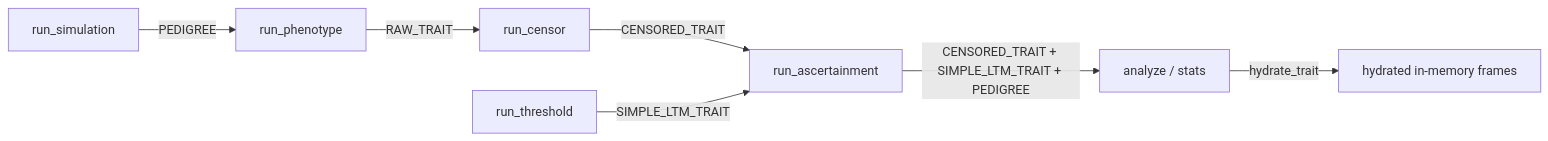
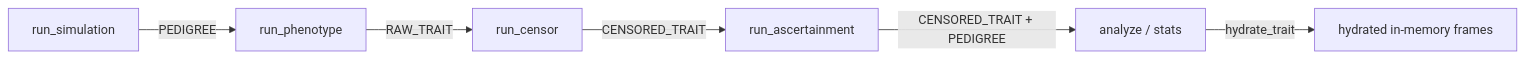
The diagram in docs/concepts/pipeline-schema.md (rwaples/simACE), drawn with Mermaid before and after one commit. The commit also changed other lines of this file and 3 other files, not shown here.

````diff
--- a/docs/concepts/pipeline-schema.md
+++ b/docs/concepts/pipeline-schema.md
@@ -82,9 +89,8 @@
 ```mermaid
 flowchart LR
     sim[run_simulation] -- PEDIGREE --> phen[run_phenotype]
     phen -- RAW_TRAIT --> cen[run_censor]
     cen -- CENSORED_TRAIT --> asc[run_ascertainment]
-    phen2[run_threshold] -- SIMPLE_LTM_TRAIT --> asc
-    asc -- CENSORED_TRAIT + SIMPLE_LTM_TRAIT + PEDIGREE --> ana[analyze / stats]
+    asc -- CENSORED_TRAIT + PEDIGREE --> ana[analyze / stats]
     ana -- hydrate_trait --> hyd[hydrated in-memory frames]
 ```
````
